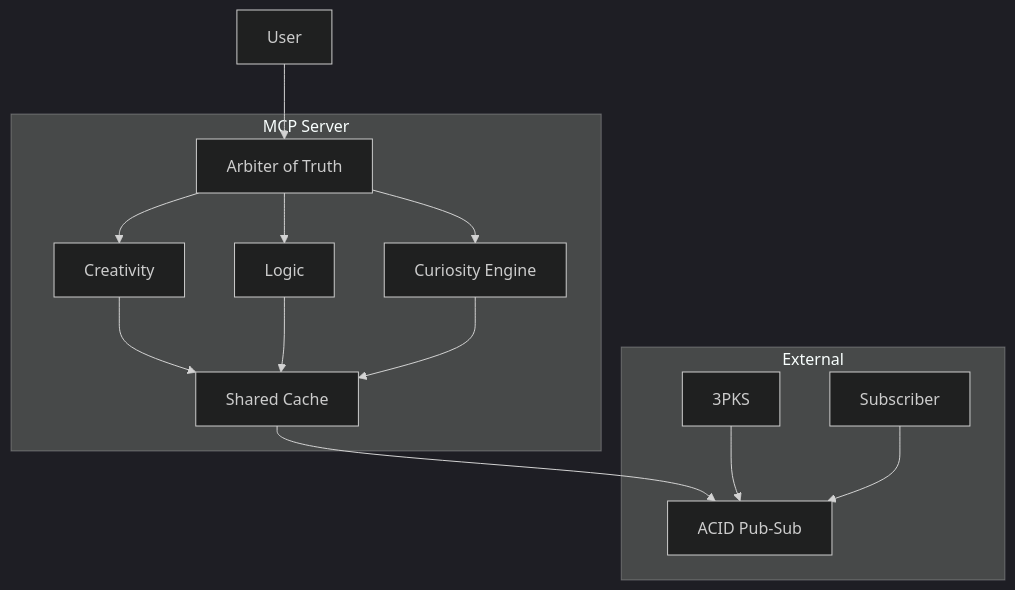
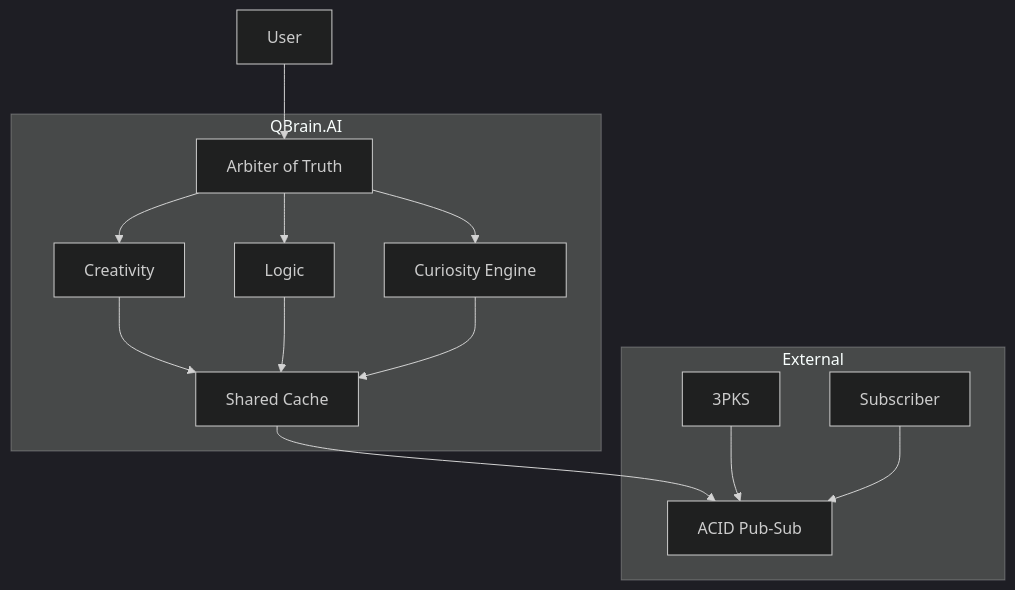
Before and after one commit to sharpninja/McpServer: the sixth of 6 diagrams in docs/Project/Quad-Model-Transactional-Diffgram-Plan.md, drawn with Mermaid (dark theme). The commit also changed other lines of this file and 4965 other files, not shown here.

````diff
--- a/docs/Project/Quad-Model-Transactional-Diffgram-Plan.md
+++ b/docs/Project/Quad-Model-Transactional-Diffgram-Plan.md
@@ -209,23 +209,23 @@
 ```mermaid
 flowchart TB
-    subgraph MCP Server
+    subgraph QBrain.AI
         CR[Creativity]
         LG[Logic]
         CM[Curiosity Engine]
         AM[Arbiter of Truth]
         Cache[Shared Cache]
     end
 
     subgraph External
         PubSub[ACID Pub-Sub]
         KeyServer[3PKS]
         Sub[Subscriber]
     end
 
     User --> AM
     AM --> CR & LG & CM
     CR & LG & CM --> Cache
     Cache --> PubSub
     KeyServer --> PubSub
     Sub --> PubSub
 ```
````
